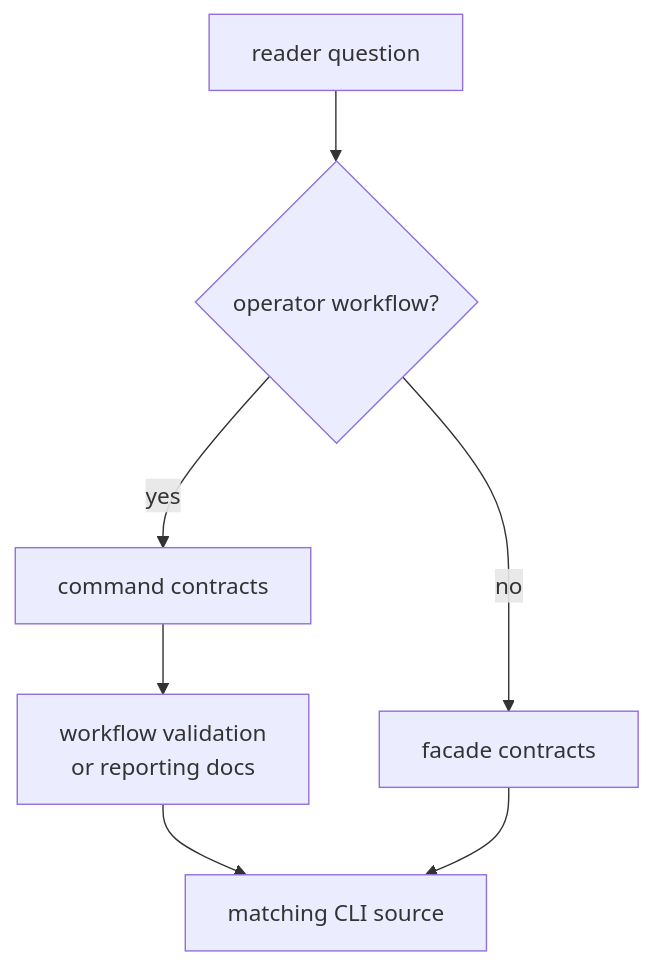
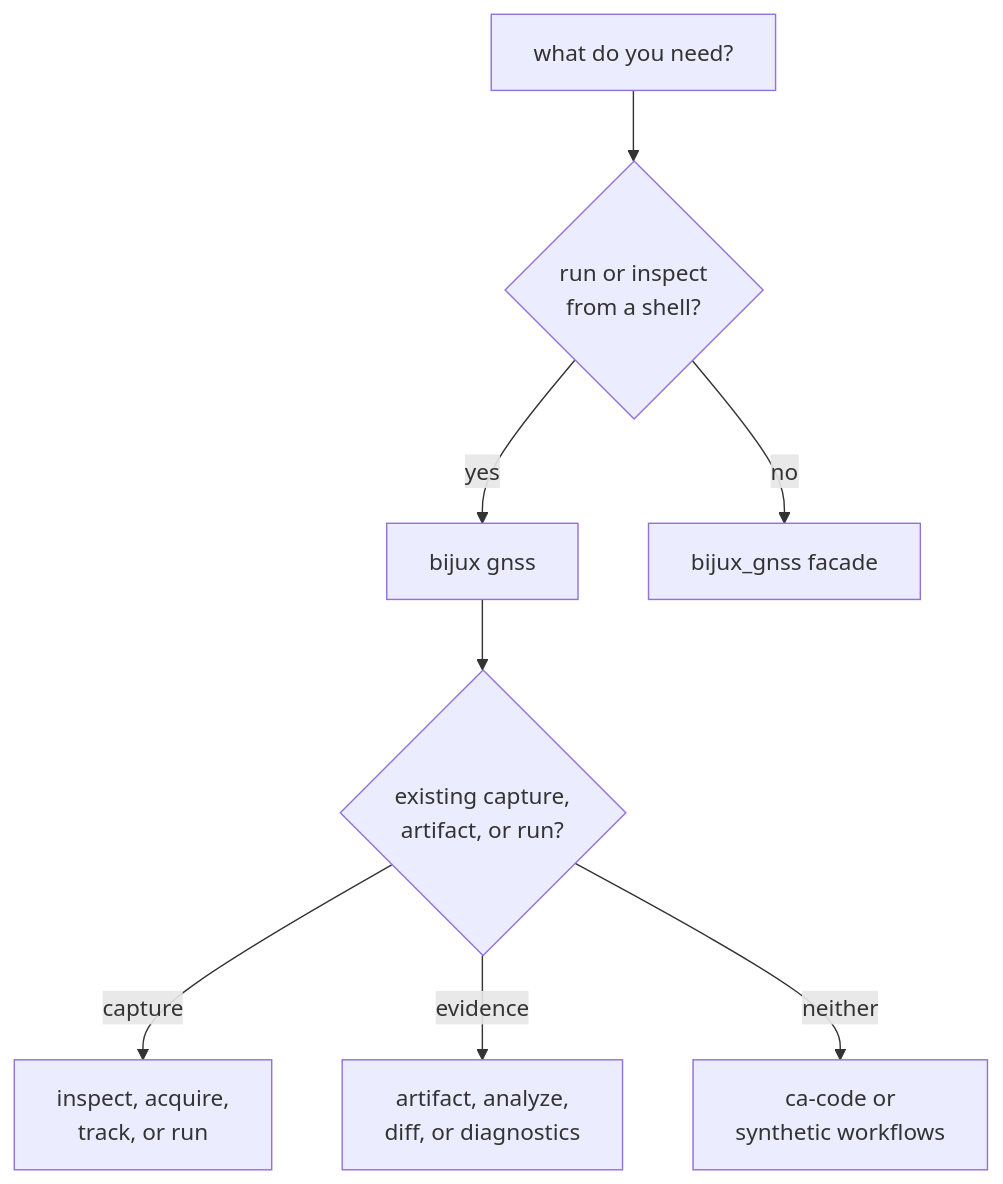
One commit to bijux/bijux-telecom changed the first of 2 diagrams in docs/01-bijux-gnss/interfaces/entrypoints-and-examples.md. Above: the diagram before and after it, drawn with Mermaid. The commit also changed other lines of this file and 1 other file, not shown here.

Commit message:
docs(gnss): separate operator and Rust entrypoints

````diff
--- a/docs/01-bijux-gnss/interfaces/entrypoints-and-examples.md
+++ b/docs/01-bijux-gnss/interfaces/entrypoints-and-examples.md
@@ -18,13 +19,18 @@
 ```mermaid
 flowchart TD
-    question["reader question"]
-    operator{"operator workflow?"}
-    command["command contracts"]
-    workflow["workflow validation<br/>or reporting docs"]
-    facade["facade contracts"]
-    source["matching CLI source"]
+    need["what do you need?"]
+    operate{"run or inspect<br/>from a shell?"}
+    cli["bijux gnss"]
+    import["bijux_gnss facade"]
+    existing{"existing capture,<br/>artifact, or run?"}
+    capture["inspect, acquire,<br/>track, or run"]
+    evidence["artifact, analyze,<br/>diff, or diagnostics"]
+    generate["ca-code or<br/>synthetic workflows"]
 
-    question --> operator
-    operator -- yes --> command --> workflow --> source
-    operator -- no --> facade --> source
+    need --> operate
+    operate -- yes --> cli --> existing
+    operate -- no --> import
+    existing -- capture --> capture
+    existing -- evidence --> evidence
+    existing -- neither --> generate
 ```
````
